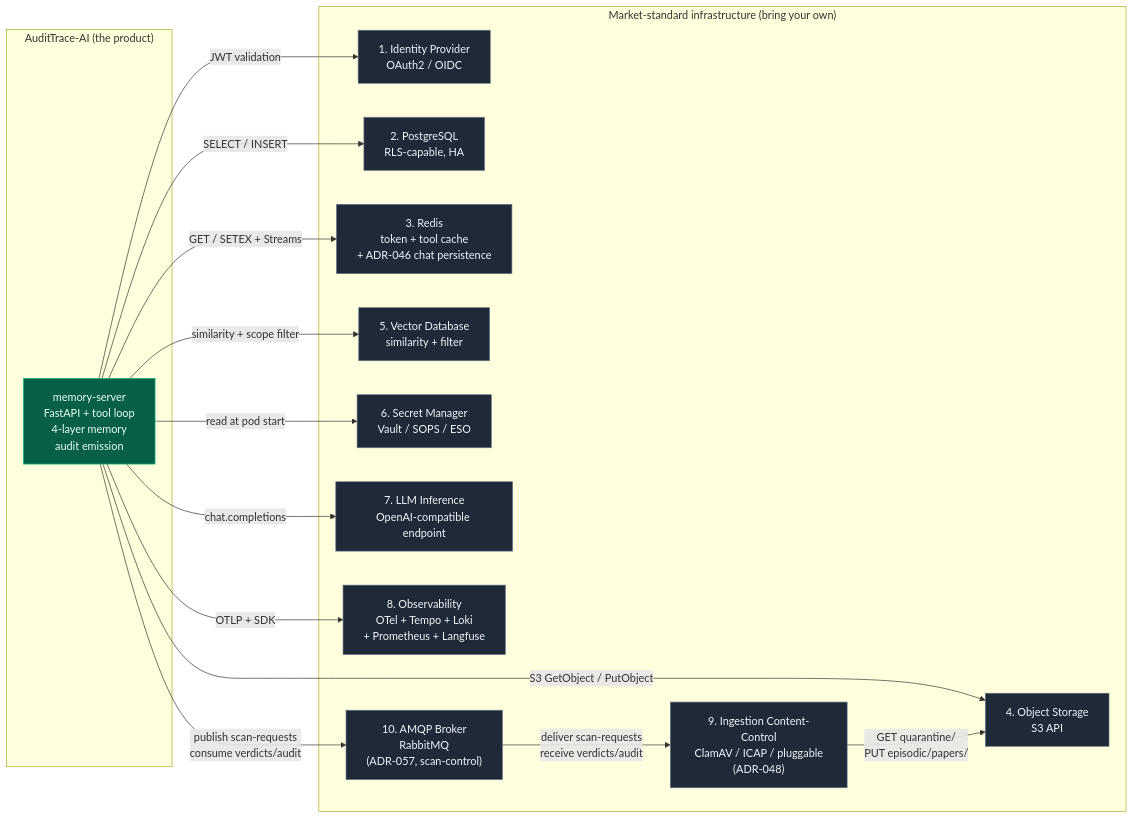
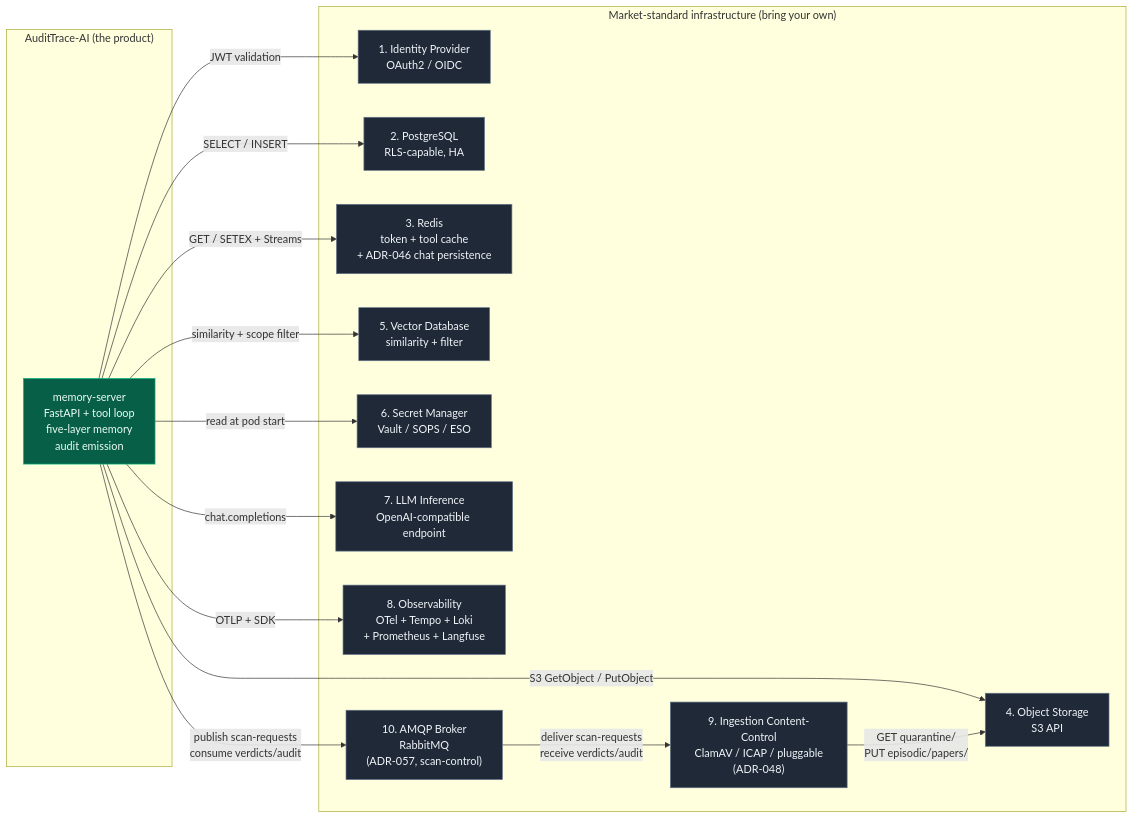
One commit to lfdesousa/AuditTrace-AI changed the diagram in docs/architecture/product-and-dependencies.md. Above: the diagram before and after it, drawn with Mermaid. The commit also changed other lines of this file and 21 other files, not shown here.

Commit message:
docs(arch): Wave 0 truth sweep — model name + five-layer + obsolete markers

````diff
--- a/docs/architecture/product-and-dependencies.md
+++ b/docs/architecture/product-and-dependencies.md
@@ -21,34 +21,34 @@
 ```mermaid
 flowchart LR
     subgraph Product["AuditTrace-AI (the product)"]
-        MS["memory-server<br/>FastAPI + tool loop<br/>4-layer memory<br/>audit emission"]
+        MS["memory-server<br/>FastAPI + tool loop<br/>five-layer memory<br/>audit emission"]
     end
     subgraph Dependencies["Market-standard infrastructure (bring your own)"]
         IDP["1. Identity Provider<br/>OAuth2 / OIDC"]
         PG["2. PostgreSQL<br/>RLS-capable, HA"]
         R["3. Redis<br/>token + tool cache<br/>+ ADR-046 chat persistence"]
         OS["4. Object Storage<br/>S3 API"]
         VDB["5. Vector Database<br/>similarity + filter"]
         SEC["6. Secret Manager<br/>Vault / SOPS / ESO"]
         LLM["7. LLM Inference<br/>OpenAI-compatible endpoint"]
         OBS["8. Observability<br/>OTel + Tempo + Loki<br/>+ Prometheus + Langfuse"]
         CC["9. Ingestion Content-Control<br/>ClamAV / ICAP / pluggable<br/>(ADR-048)"]
         MQ["10. AMQP Broker<br/>RabbitMQ<br/>(ADR-057, scan-control)"]
     end
     MS -->|JWT validation| IDP
     MS -->|SELECT / INSERT| PG
     MS -->|GET / SETEX + Streams| R
     MS -->|S3 GetObject / PutObject| OS
     MS -->|similarity + scope filter| VDB
     MS -->|read at pod start| SEC
     MS -->|chat.completions| LLM
     MS -->|OTLP + SDK| OBS
     MS -->|publish scan-requests<br/>consume verdicts/audit| MQ
     MQ -->|deliver scan-requests<br/>receive verdicts/audit| CC
     CC -->|GET quarantine/<br/>PUT episodic/papers/| OS
 
     classDef prod fill:#065f46,stroke:#10b981,color:#ecfdf5
     classDef dep fill:#1f2937,stroke:#64748b,color:#f1f5f9
     class MS prod
     class IDP,PG,R,OS,VDB,SEC,LLM,OBS,CC,MQ dep
 ```
````
